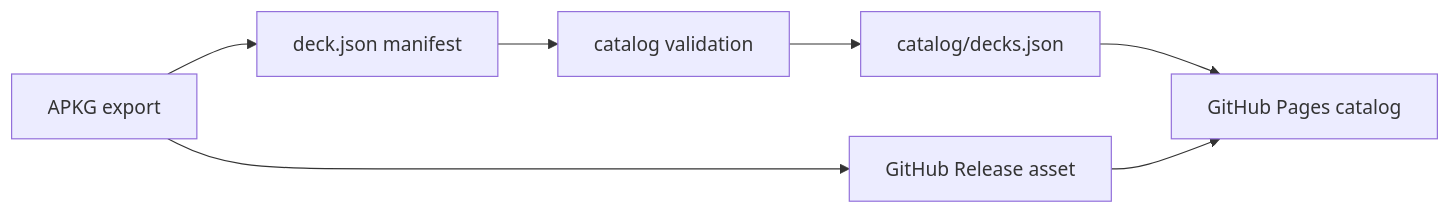
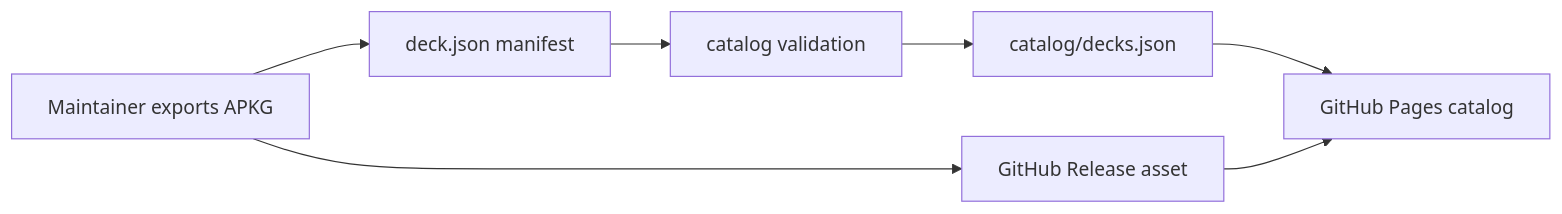
Before and after one commit to Enceladus-X/deckhub: the diagram in README.md, drawn with Mermaid. The commit also changed other lines of this file and 8 other files, not shown here.

Commit message:
Switch DeckHub to maintainer-curated publishing

````diff
--- a/README.md
+++ b/README.md
@@ -37,9 +47,9 @@
 ```mermaid
 flowchart LR
-    A["APKG export"] --> B["GitHub Release asset"]
+    A["Maintainer exports APKG"] --> B["GitHub Release asset"]
     A --> C["deck.json manifest"]
     C --> D["catalog validation"]
     D --> E["catalog/decks.json"]
     E --> F["GitHub Pages catalog"]
     B --> F
 ```
````
